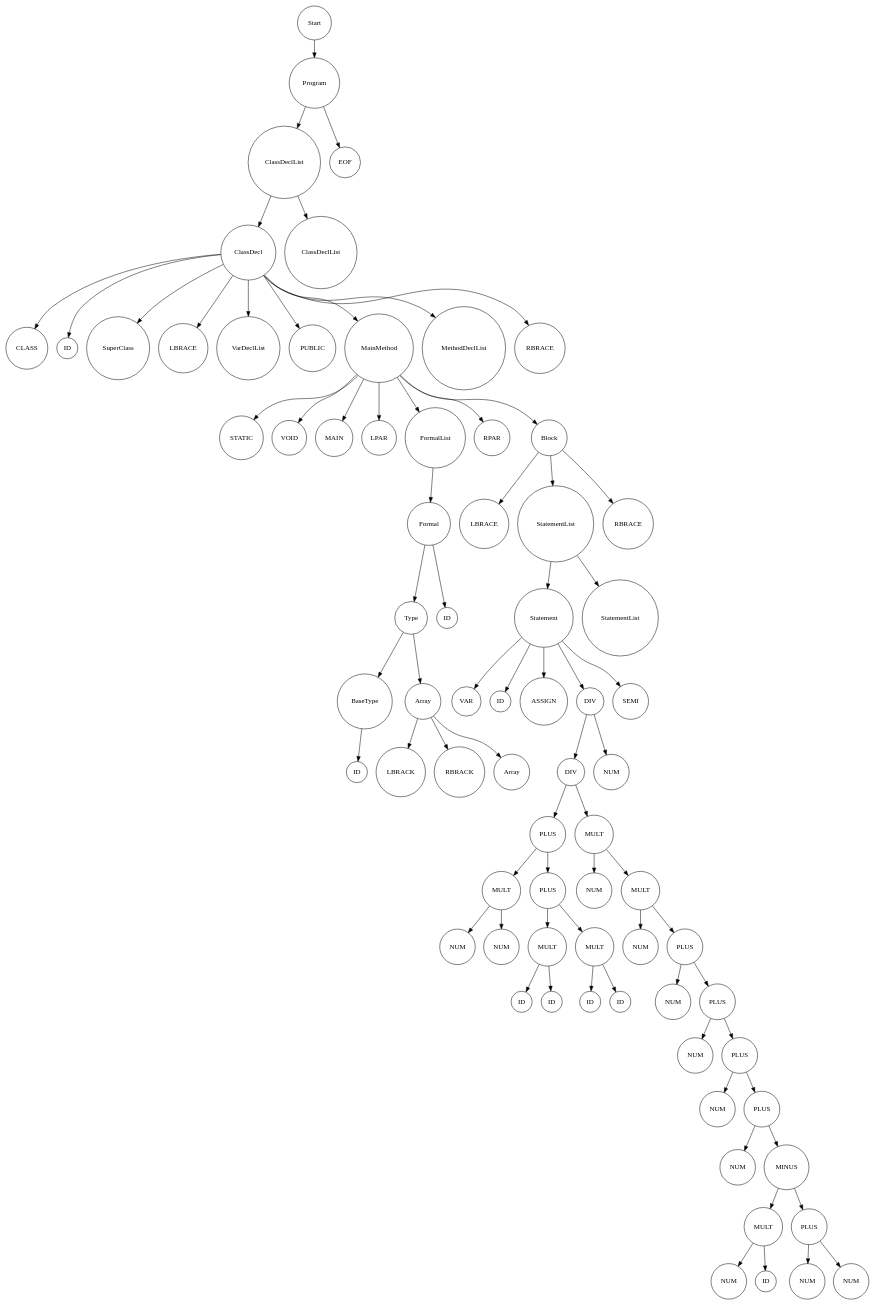
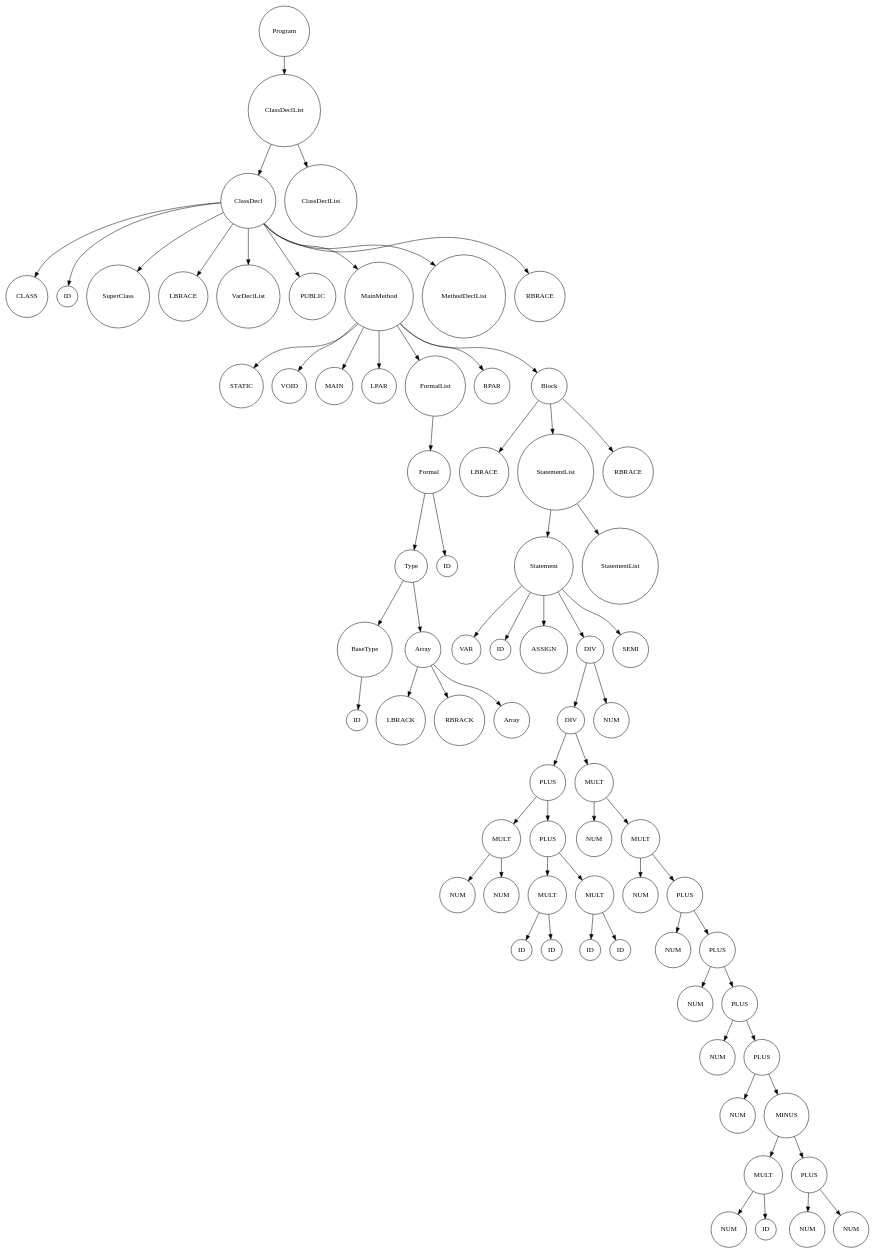
Before and after one commit to GH120/JS-Compiler: the diagram in ast.dot, drawn with Graphviz. The commit also changed 4 other files, not shown here.

```diff
--- a/ast.dot
+++ b/ast.dot
@@ -1,149 +1,145 @@
 digraph G {
             rankdir=TB; // Tree-like top-bottom orientation
             node [shape=circle];
-              node0 [label="Start"];
-  node0_0 [label="Program"];
+              node0 [label="Program"];
+  node0_0 [label="ClassDeclList"];
   node0 -> node0_0;
-  node0_0_0 [label="ClassDeclList"];
+  node0_0_0 [label="ClassDecl"];
   node0_0 -> node0_0_0;
-  node0_0_0_0 [label="ClassDecl"];
+  node0_0_0_0 [label="CLASS"];
   node0_0_0 -> node0_0_0_0;
-  node0_0_0_0_0 [label="CLASS"];
-  node0_0_0_0 -> node0_0_0_0_0;
-  node0_0_0_0_1 [label="ID"];
-  node0_0_0_0 -> node0_0_0_0_1;
-  node0_0_0_0_2 [label="SuperClass"];
-  node0_0_0_0 -> node0_0_0_0_2;
-  node0_0_0_0_3 [label="LBRACE"];
-  node0_0_0_0 -> node0_0_0_0_3;
-  node0_0_0_0_4 [label="VarDeclList"];
-  node0_0_0_0 -> node0_0_0_0_4;
-  node0_0_0_0_5 [label="PUBLIC"];
-  node0_0_0_0 -> node0_0_0_0_5;
-  node0_0_0_0_6 [label="MainMethod"];
-  node0_0_0_0 -> node0_0_0_0_6;
-  node0_0_0_0_6_0 [label="STATIC"];
-  node0_0_0_0_6 -> node0_0_0_0_6_0;
-  node0_0_0_0_6_1 [label="VOID"];
-  node0_0_0_0_6 -> node0_0_0_0_6_1;
-  node0_0_0_0_6_2 [label="MAIN"];
-  node0_0_0_0_6 -> node0_0_0_0_6_2;
-  node0_0_0_0_6_3 [label="LPAR"];
-  node0_0_0_0_6 -> node0_0_0_0_6_3;
-  node0_0_0_0_6_4 [label="FormalList"];
-  node0_0_0_0_6 -> node0_0_0_0_6_4;
-  node0_0_0_0_6_4_0 [label="Formal"];
-  node0_0_0_0_6_4 -> node0_0_0_0_6_4_0;
-  node0_0_0_0_6_4_0_0 [label="Type"];
-  node0_0_0_0_6_4_0 -> node0_0_0_0_6_4_0_0;
-  node0_0_0_0_6_4_0_0_0 [label="BaseType"];
-  node0_0_0_0_6_4_0_0 -> node0_0_0_0_6_4_0_0_0;
-  node0_0_0_0_6_4_0_0_0_0 [label="ID"];
-  node0_0_0_0_6_4_0_0_0 -> node0_0_0_0_6_4_0_0_0_0;
-  node0_0_0_0_6_4_0_0_1 [label="Array"];
-  node0_0_0_0_6_4_0_0 -> node0_0_0_0_6_4_0_0_1;
-  node0_0_0_0_6_4_0_0_1_0 [label="LBRACK"];
-  node0_0_0_0_6_4_0_0_1 -> node0_0_0_0_6_4_0_0_1_0;
-  node0_0_0_0_6_4_0_0_1_1 [label="RBRACK"];
-  node0_0_0_0_6_4_0_0_1 -> node0_0_0_0_6_4_0_0_1_1;
-  node0_0_0_0_6_4_0_0_1_2 [label="Array"];
-  node0_0_0_0_6_4_0_0_1 -> node0_0_0_0_6_4_0_0_1_2;
-  node0_0_0_0_6_4_0_1 [label="ID"];
-  node0_0_0_0_6_4_0 -> node0_0_0_0_6_4_0_1;
-  node0_0_0_0_6_5 [label="RPAR"];
-  node0_0_0_0_6 -> node0_0_0_0_6_5;
-  node0_0_0_0_6_6 [label="Block"];
-  node0_0_0_0_6 -> node0_0_0_0_6_6;
-  node0_0_0_0_6_6_0 [label="LBRACE"];
-  node0_0_0_0_6_6 -> node0_0_0_0_6_6_0;
-  node0_0_0_0_6_6_1 [label="StatementList"];
-  node0_0_0_0_6_6 -> node0_0_0_0_6_6_1;
-  node0_0_0_0_6_6_1_0 [label="Statement"];
-  node0_0_0_0_6_6_1 -> node0_0_0_0_6_6_1_0;
-  node0_0_0_0_6_6_1_0_0 [label="VAR"];
-  node0_0_0_0_6_6_1_0 -> node0_0_0_0_6_6_1_0_0;
-  node0_0_0_0_6_6_1_0_1 [label="ID"];
-  node0_0_0_0_6_6_1_0 -> node0_0_0_0_6_6_1_0_1;
-  node0_0_0_0_6_6_1_0_2 [label="ASSIGN"];
-  node0_0_0_0_6_6_1_0 -> node0_0_0_0_6_6_1_0_2;
-  node0_0_0_0_6_6_1_0_3 [label="DIV"];
-  node0_0_0_0_6_6_1_0 -> node0_0_0_0_6_6_1_0_3;
-  node0_0_0_0_6_6_1_0_3_0 [label="DIV"];
-  node0_0_0_0_6_6_1_0_3 -> node0_0_0_0_6_6_1_0_3_0;
-  node0_0_0_0_6_6_1_0_3_0_0 [label="PLUS"];
-  node0_0_0_0_6_6_1_0_3_0 -> node0_0_0_0_6_6_1_0_3_0_0;
-  node0_0_0_0_6_6_1_0_3_0_0_0 [label="MULT"];
-  node0_0_0_0_6_6_1_0_3_0_0 -> node0_0_0_0_6_6_1_0_3_0_0_0;
-  node0_0_0_0_6_6_1_0_3_0_0_0_0 [label="NUM"];
-  node0_0_0_0_6_6_1_0_3_0_0_0 -> node0_0_0_0_6_6_1_0_3_0_0_0_0;
-  node0_0_0_0_6_6_1_0_3_0_0_0_1 [label="NUM"];
-  node0_0_0_0_6_6_1_0_3_0_0_0 -> node0_0_0_0_6_6_1_0_3_0_0_0_1;
-  node0_0_0_0_6_6_1_0_3_0_0_1 [label="PLUS"];
-  node0_0_0_0_6_6_1_0_3_0_0 -> node0_0_0_0_6_6_1_0_3_0_0_1;
-  node0_0_0_0_6_6_1_0_3_0_0_1_0 [label="MULT"];
-  node0_0_0_0_6_6_1_0_3_0_0_1 -> node0_0_0_0_6_6_1_0_3_0_0_1_0;
-  node0_0_0_0_6_6_1_0_3_0_0_1_0_0 [label="ID"];
-  node0_0_0_0_6_6_1_0_3_0_0_1_0 -> node0_0_0_0_6_6_1_0_3_0_0_1_0_0;
-  node0_0_0_0_6_6_1_0_3_0_0_1_0_1 [label="ID"];
-  node0_0_0_0_6_6_1_0_3_0_0_1_0 -> node0_0_0_0_6_6_1_0_3_0_0_1_0_1;
-  node0_0_0_0_6_6_1_0_3_0_0_1_1 [label="MULT"];
-  node0_0_0_0_6_6_1_0_3_0_0_1 -> node0_0_0_0_6_6_1_0_3_0_0_1_1;
-  node0_0_0_0_6_6_1_0_3_0_0_1_1_0 [label="ID"];
-  node0_0_0_0_6_6_1_0_3_0_0_1_1 -> node0_0_0_0_6_6_1_0_3_0_0_1_1_0;
-  node0_0_0_0_6_6_1_0_3_0_0_1_1_1 [label="ID"];
-  node0_0_0_0_6_6_1_0_3_0_0_1_1 -> node0_0_0_0_6_6_1_0_3_0_0_1_1_1;
-  node0_0_0_0_6_6_1_0_3_0_1 [label="MULT"];
-  node0_0_0_0_6_6_1_0_3_0 -> node0_0_0_0_6_6_1_0_3_0_1;
-  node0_0_0_0_6_6_1_0_3_0_1_0 [label="NUM"];
-  node0_0_0_0_6_6_1_0_3_0_1 -> node0_0_0_0_6_6_1_0_3_0_1_0;
-  node0_0_0_0_6_6_1_0_3_0_1_1 [label="MULT"];
-  node0_0_0_0_6_6_1_0_3_0_1 -> node0_0_0_0_6_6_1_0_3_0_1_1;
-  node0_0_0_0_6_6_1_0_3_0_1_1_0 [label="NUM"];
-  node0_0_0_0_6_6_1_0_3_0_1_1 -> node0_0_0_0_6_6_1_0_3_0_1_1_0;
-  node0_0_0_0_6_6_1_0_3_0_1_1_1 [label="PLUS"];
-  node0_0_0_0_6_6_1_0_3_0_1_1 -> node0_0_0_0_6_6_1_0_3_0_1_1_1;
-  node0_0_0_0_6_6_1_0_3_0_1_1_1_0 [label="NUM"];
-  node0_0_0_0_6_6_1_0_3_0_1_1_1 -> node0_0_0_0_6_6_1_0_3_0_1_1_1_0;
-  node0_0_0_0_6_6_1_0_3_0_1_1_1_1 [label="PLUS"];
-  node0_0_0_0_6_6_1_0_3_0_1_1_1 -> node0_0_0_0_6_6_1_0_3_0_1_1_1_1;
-  node0_0_0_0_6_6_1_0_3_0_1_1_1_1_0 [label="NUM"];
-  node0_0_0_0_6_6_1_0_3_0_1_1_1_1 -> node0_0_0_0_6_6_1_0_3_0_1_1_1_1_0;
-  node0_0_0_0_6_6_1_0_3_0_1_1_1_1_1 [label="PLUS"];
-  node0_0_0_0_6_6_1_0_3_0_1_1_1_1 -> node0_0_0_0_6_6_1_0_3_0_1_1_1_1_1;
-  node0_0_0_0_6_6_1_0_3_0_1_1_1_1_1_0 [label="NUM"];
-  node0_0_0_0_6_6_1_0_3_0_1_1_1_1_1 -> node0_0_0_0_6_6_1_0_3_0_1_1_1_1_1_0;
-  node0_0_0_0_6_6_1_0_3_0_1_1_1_1_1_1 [label="PLUS"];
-  node0_0_0_0_6_6_1_0_3_0_1_1_1_1_1 -> node0_0_0_0_6_6_1_0_3_0_1_1_1_1_1_1;
-  node0_0_0_0_6_6_1_0_3_0_1_1_1_1_1_1_0 [label="NUM"];
-  node0_0_0_0_6_6_1_0_3_0_1_1_1_1_1_1 -> node0_0_0_0_6_6_1_0_3_0_1_1_1_1_1_1_0;
-  node0_0_0_0_6_6_1_0_3_0_1_1_1_1_1_1_1 [label="MINUS"];
-  node0_0_0_0_6_6_1_0_3_0_1_1_1_1_1_1 -> node0_0_0_0_6_6_1_0_3_0_1_1_1_1_1_1_1;
-  node0_0_0_0_6_6_1_0_3_0_1_1_1_1_1_1_1_0 [label="MULT"];
-  node0_0_0_0_6_6_1_0_3_0_1_1_1_1_1_1_1 -> node0_0_0_0_6_6_1_0_3_0_1_1_1_1_1_1_1_0;
-  node0_0_0_0_6_6_1_0_3_0_1_1_1_1_1_1_1_0_0 [label="NUM"];
-  node0_0_0_0_6_6_1_0_3_0_1_1_1_1_1_1_1_0 -> node0_0_0_0_6_6_1_0_3_0_1_1_1_1_1_1_1_0_0;
-  node0_0_0_0_6_6_1_0_3_0_1_1_1_1_1_1_1_0_1 [label="ID"];
-  node0_0_0_0_6_6_1_0_3_0_1_1_1_1_1_1_1_0 -> node0_0_0_0_6_6_1_0_3_0_1_1_1_1_1_1_1_0_1;
-  node0_0_0_0_6_6_1_0_3_0_1_1_1_1_1_1_1_1 [label="PLUS"];
-  node0_0_0_0_6_6_1_0_3_0_1_1_1_1_1_1_1 -> node0_0_0_0_6_6_1_0_3_0_1_1_1_1_1_1_1_1;
-  node0_0_0_0_6_6_1_0_3_0_1_1_1_1_1_1_1_1_0 [label="NUM"];
-  node0_0_0_0_6_6_1_0_3_0_1_1_1_1_1_1_1_1 -> node0_0_0_0_6_6_1_0_3_0_1_1_1_1_1_1_1_1_0;
-  node0_0_0_0_6_6_1_0_3_0_1_1_1_1_1_1_1_1_1 [label="NUM"];
-  node0_0_0_0_6_6_1_0_3_0_1_1_1_1_1_1_1_1 -> node0_0_0_0_6_6_1_0_3_0_1_1_1_1_1_1_1_1_1;
-  node0_0_0_0_6_6_1_0_3_1 [label="NUM"];
-  node0_0_0_0_6_6_1_0_3 -> node0_0_0_0_6_6_1_0_3_1;
-  node0_0_0_0_6_6_1_0_4 [label="SEMI"];
-  node0_0_0_0_6_6_1_0 -> node0_0_0_0_6_6_1_0_4;
-  node0_0_0_0_6_6_1_1 [label="StatementList"];
-  node0_0_0_0_6_6_1 -> node0_0_0_0_6_6_1_1;
-  node0_0_0_0_6_6_2 [label="RBRACE"];
-  node0_0_0_0_6_6 -> node0_0_0_0_6_6_2;
-  node0_0_0_0_7 [label="MethodDeclList"];
-  node0_0_0_0 -> node0_0_0_0_7;
-  node0_0_0_0_8 [label="RBRACE"];
-  node0_0_0_0 -> node0_0_0_0_8;
-  node0_0_0_1 [label="ClassDeclList"];
+  node0_0_0_1 [label="ID"];
   node0_0_0 -> node0_0_0_1;
-  node0_0_1 [label="EOF"];
+  node0_0_0_2 [label="SuperClass"];
+  node0_0_0 -> node0_0_0_2;
+  node0_0_0_3 [label="LBRACE"];
+  node0_0_0 -> node0_0_0_3;
+  node0_0_0_4 [label="VarDeclList"];
+  node0_0_0 -> node0_0_0_4;
+  node0_0_0_5 [label="PUBLIC"];
+  node0_0_0 -> node0_0_0_5;
+  node0_0_0_6 [label="MainMethod"];
+  node0_0_0 -> node0_0_0_6;
+  node0_0_0_6_0 [label="STATIC"];
+  node0_0_0_6 -> node0_0_0_6_0;
+  node0_0_0_6_1 [label="VOID"];
+  node0_0_0_6 -> node0_0_0_6_1;
+  node0_0_0_6_2 [label="MAIN"];
+  node0_0_0_6 -> node0_0_0_6_2;
+  node0_0_0_6_3 [label="LPAR"];
+  node0_0_0_6 -> node0_0_0_6_3;
+  node0_0_0_6_4 [label="FormalList"];
+  node0_0_0_6 -> node0_0_0_6_4;
+  node0_0_0_6_4_0 [label="Formal"];
+  node0_0_0_6_4 -> node0_0_0_6_4_0;
+  node0_0_0_6_4_0_0 [label="Type"];
+  node0_0_0_6_4_0 -> node0_0_0_6_4_0_0;
+  node0_0_0_6_4_0_0_0 [label="BaseType"];
+  node0_0_0_6_4_0_0 -> node0_0_0_6_4_0_0_0;
+  node0_0_0_6_4_0_0_0_0 [label="ID"];
+  node0_0_0_6_4_0_0_0 -> node0_0_0_6_4_0_0_0_0;
+  node0_0_0_6_4_0_0_1 [label="Array"];
+  node0_0_0_6_4_0_0 -> node0_0_0_6_4_0_0_1;
+  node0_0_0_6_4_0_0_1_0 [label="LBRACK"];
+  node0_0_0_6_4_0_0_1 -> node0_0_0_6_4_0_0_1_0;
+  node0_0_0_6_4_0_0_1_1 [label="RBRACK"];
+  node0_0_0_6_4_0_0_1 -> node0_0_0_6_4_0_0_1_1;
+  node0_0_0_6_4_0_0_1_2 [label="Array"];
+  node0_0_0_6_4_0_0_1 -> node0_0_0_6_4_0_0_1_2;
+  node0_0_0_6_4_0_1 [label="ID"];
+  node0_0_0_6_4_0 -> node0_0_0_6_4_0_1;
+  node0_0_0_6_5 [label="RPAR"];
+  node0_0_0_6 -> node0_0_0_6_5;
+  node0_0_0_6_6 [label="Block"];
+  node0_0_0_6 -> node0_0_0_6_6;
+  node0_0_0_6_6_0 [label="LBRACE"];
+  node0_0_0_6_6 -> node0_0_0_6_6_0;
+  node0_0_0_6_6_1 [label="StatementList"];
+  node0_0_0_6_6 -> node0_0_0_6_6_1;
+  node0_0_0_6_6_1_0 [label="Statement"];
+  node0_0_0_6_6_1 -> node0_0_0_6_6_1_0;
+  node0_0_0_6_6_1_0_0 [label="VAR"];
+  node0_0_0_6_6_1_0 -> node0_0_0_6_6_1_0_0;
+  node0_0_0_6_6_1_0_1 [label="ID"];
+  node0_0_0_6_6_1_0 -> node0_0_0_6_6_1_0_1;
+  node0_0_0_6_6_1_0_2 [label="ASSIGN"];
+  node0_0_0_6_6_1_0 -> node0_0_0_6_6_1_0_2;
+  node0_0_0_6_6_1_0_3 [label="DIV"];
+  node0_0_0_6_6_1_0 -> node0_0_0_6_6_1_0_3;
+  node0_0_0_6_6_1_0_3_0 [label="DIV"];
+  node0_0_0_6_6_1_0_3 -> node0_0_0_6_6_1_0_3_0;
+  node0_0_0_6_6_1_0_3_0_0 [label="PLUS"];
+  node0_0_0_6_6_1_0_3_0 -> node0_0_0_6_6_1_0_3_0_0;
+  node0_0_0_6_6_1_0_3_0_0_0 [label="MULT"];
+  node0_0_0_6_6_1_0_3_0_0 -> node0_0_0_6_6_1_0_3_0_0_0;
+  node0_0_0_6_6_1_0_3_0_0_0_0 [label="NUM"];
+  node0_0_0_6_6_1_0_3_0_0_0 -> node0_0_0_6_6_1_0_3_0_0_0_0;
+  node0_0_0_6_6_1_0_3_0_0_0_1 [label="NUM"];
+  node0_0_0_6_6_1_0_3_0_0_0 -> node0_0_0_6_6_1_0_3_0_0_0_1;
+  node0_0_0_6_6_1_0_3_0_0_1 [label="PLUS"];
+  node0_0_0_6_6_1_0_3_0_0 -> node0_0_0_6_6_1_0_3_0_0_1;
+  node0_0_0_6_6_1_0_3_0_0_1_0 [label="MULT"];
+  node0_0_0_6_6_1_0_3_0_0_1 -> node0_0_0_6_6_1_0_3_0_0_1_0;
+  node0_0_0_6_6_1_0_3_0_0_1_0_0 [label="ID"];
+  node0_0_0_6_6_1_0_3_0_0_1_0 -> node0_0_0_6_6_1_0_3_0_0_1_0_0;
+  node0_0_0_6_6_1_0_3_0_0_1_0_1 [label="ID"];
+  node0_0_0_6_6_1_0_3_0_0_1_0 -> node0_0_0_6_6_1_0_3_0_0_1_0_1;
+  node0_0_0_6_6_1_0_3_0_0_1_1 [label="MULT"];
+  node0_0_0_6_6_1_0_3_0_0_1 -> node0_0_0_6_6_1_0_3_0_0_1_1;
+  node0_0_0_6_6_1_0_3_0_0_1_1_0 [label="ID"];
+  node0_0_0_6_6_1_0_3_0_0_1_1 -> node0_0_0_6_6_1_0_3_0_0_1_1_0;
+  node0_0_0_6_6_1_0_3_0_0_1_1_1 [label="ID"];
+  node0_0_0_6_6_1_0_3_0_0_1_1 -> node0_0_0_6_6_1_0_3_0_0_1_1_1;
+  node0_0_0_6_6_1_0_3_0_1 [label="MULT"];
+  node0_0_0_6_6_1_0_3_0 -> node0_0_0_6_6_1_0_3_0_1;
+  node0_0_0_6_6_1_0_3_0_1_0 [label="NUM"];
+  node0_0_0_6_6_1_0_3_0_1 -> node0_0_0_6_6_1_0_3_0_1_0;
+  node0_0_0_6_6_1_0_3_0_1_1 [label="MULT"];
+  node0_0_0_6_6_1_0_3_0_1 -> node0_0_0_6_6_1_0_3_0_1_1;
+  node0_0_0_6_6_1_0_3_0_1_1_0 [label="NUM"];
+  node0_0_0_6_6_1_0_3_0_1_1 -> node0_0_0_6_6_1_0_3_0_1_1_0;
+  node0_0_0_6_6_1_0_3_0_1_1_1 [label="PLUS"];
+  node0_0_0_6_6_1_0_3_0_1_1 -> node0_0_0_6_6_1_0_3_0_1_1_1;
+  node0_0_0_6_6_1_0_3_0_1_1_1_0 [label="NUM"];
+  node0_0_0_6_6_1_0_3_0_1_1_1 -> node0_0_0_6_6_1_0_3_0_1_1_1_0;
+  node0_0_0_6_6_1_0_3_0_1_1_1_1 [label="PLUS"];
+  node0_0_0_6_6_1_0_3_0_1_1_1 -> node0_0_0_6_6_1_0_3_0_1_1_1_1;
+  node0_0_0_6_6_1_0_3_0_1_1_1_1_0 [label="NUM"];
+  node0_0_0_6_6_1_0_3_0_1_1_1_1 -> node0_0_0_6_6_1_0_3_0_1_1_1_1_0;
+  node0_0_0_6_6_1_0_3_0_1_1_1_1_1 [label="PLUS"];
+  node0_0_0_6_6_1_0_3_0_1_1_1_1 -> node0_0_0_6_6_1_0_3_0_1_1_1_1_1;
+  node0_0_0_6_6_1_0_3_0_1_1_1_1_1_0 [label="NUM"];
+  node0_0_0_6_6_1_0_3_0_1_1_1_1_1 -> node0_0_0_6_6_1_0_3_0_1_1_1_1_1_0;
+  node0_0_0_6_6_1_0_3_0_1_1_1_1_1_1 [label="PLUS"];
+  node0_0_0_6_6_1_0_3_0_1_1_1_1_1 -> node0_0_0_6_6_1_0_3_0_1_1_1_1_1_1;
+  node0_0_0_6_6_1_0_3_0_1_1_1_1_1_1_0 [label="NUM"];
+  node0_0_0_6_6_1_0_3_0_1_1_1_1_1_1 -> node0_0_0_6_6_1_0_3_0_1_1_1_1_1_1_0;
+  node0_0_0_6_6_1_0_3_0_1_1_1_1_1_1_1 [label="MINUS"];
+  node0_0_0_6_6_1_0_3_0_1_1_1_1_1_1 -> node0_0_0_6_6_1_0_3_0_1_1_1_1_1_1_1;
+  node0_0_0_6_6_1_0_3_0_1_1_1_1_1_1_1_0 [label="MULT"];
+  node0_0_0_6_6_1_0_3_0_1_1_1_1_1_1_1 -> node0_0_0_6_6_1_0_3_0_1_1_1_1_1_1_1_0;
+  node0_0_0_6_6_1_0_3_0_1_1_1_1_1_1_1_0_0 [label="NUM"];
+  node0_0_0_6_6_1_0_3_0_1_1_1_1_1_1_1_0 -> node0_0_0_6_6_1_0_3_0_1_1_1_1_1_1_1_0_0;
+  node0_0_0_6_6_1_0_3_0_1_1_1_1_1_1_1_0_1 [label="ID"];
+  node0_0_0_6_6_1_0_3_0_1_1_1_1_1_1_1_0 -> node0_0_0_6_6_1_0_3_0_1_1_1_1_1_1_1_0_1;
+  node0_0_0_6_6_1_0_3_0_1_1_1_1_1_1_1_1 [label="PLUS"];
+  node0_0_0_6_6_1_0_3_0_1_1_1_1_1_1_1 -> node0_0_0_6_6_1_0_3_0_1_1_1_1_1_1_1_1;
+  node0_0_0_6_6_1_0_3_0_1_1_1_1_1_1_1_1_0 [label="NUM"];
+  node0_0_0_6_6_1_0_3_0_1_1_1_1_1_1_1_1 -> node0_0_0_6_6_1_0_3_0_1_1_1_1_1_1_1_1_0;
+  node0_0_0_6_6_1_0_3_0_1_1_1_1_1_1_1_1_1 [label="NUM"];
+  node0_0_0_6_6_1_0_3_0_1_1_1_1_1_1_1_1 -> node0_0_0_6_6_1_0_3_0_1_1_1_1_1_1_1_1_1;
+  node0_0_0_6_6_1_0_3_1 [label="NUM"];
+  node0_0_0_6_6_1_0_3 -> node0_0_0_6_6_1_0_3_1;
+  node0_0_0_6_6_1_0_4 [label="SEMI"];
+  node0_0_0_6_6_1_0 -> node0_0_0_6_6_1_0_4;
+  node0_0_0_6_6_1_1 [label="StatementList"];
+  node0_0_0_6_6_1 -> node0_0_0_6_6_1_1;
+  node0_0_0_6_6_2 [label="RBRACE"];
+  node0_0_0_6_6 -> node0_0_0_6_6_2;
+  node0_0_0_7 [label="MethodDeclList"];
+  node0_0_0 -> node0_0_0_7;
+  node0_0_0_8 [label="RBRACE"];
+  node0_0_0 -> node0_0_0_8;
+  node0_0_1 [label="ClassDeclList"];
   node0_0 -> node0_0_1;
         }
```
